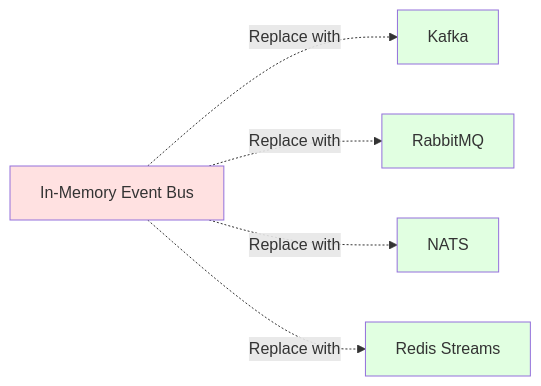
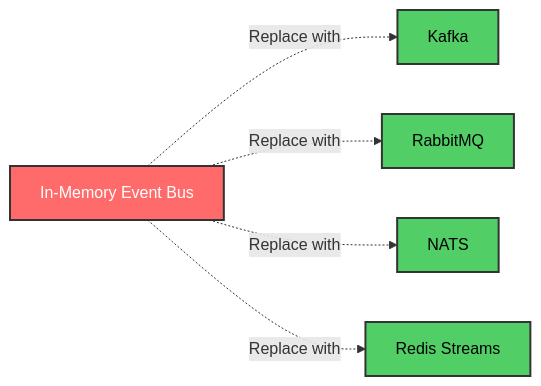
One commit to elewashy/Tanta-University changed the fifth of 6 diagrams in Level_3/Semester_1/Distributed_Systems/Project/System_Architecture_in_Distributed_Systems/README.md. Above: the diagram before and after it, drawn with Mermaid. The commit also changed other lines of this file and 4 other files, not shown here.

````diff
--- a/Level_3/Semester_1/Distributed_Systems/Project/System_Architecture_in_Distributed_Systems/README.md
+++ b/Level_3/Semester_1/Distributed_Systems/Project/System_Architecture_in_Distributed_Systems/README.md
@@ -230,13 +230,13 @@
 ```mermaid
 graph LR
     Demo[In-Memory Event Bus] -.->|Replace with| Prod1[Kafka]
     Demo -.->|Replace with| Prod2[RabbitMQ]
     Demo -.->|Replace with| Prod3[NATS]
     Demo -.->|Replace with| Prod4[Redis Streams]
     
-    style Demo fill:#ffe1e1
-    style Prod1 fill:#e1ffe1
-    style Prod2 fill:#e1ffe1
-    style Prod3 fill:#e1ffe1
-    style Prod4 fill:#e1ffe1
+    style Demo fill:#ff6b6b,stroke:#333,stroke-width:2px,color:#fff
+    style Prod1 fill:#51cf66,stroke:#333,stroke-width:2px,color:#000
+    style Prod2 fill:#51cf66,stroke:#333,stroke-width:2px,color:#000
+    style Prod3 fill:#51cf66,stroke:#333,stroke-width:2px,color:#000
+    style Prod4 fill:#51cf66,stroke:#333,stroke-width:2px,color:#000
 ```
````
